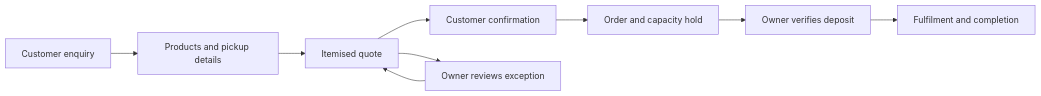
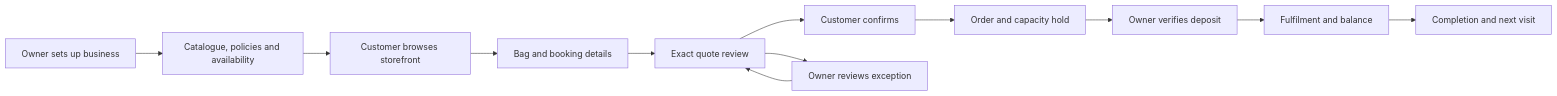
The diagram in README.md (TEE123754/SME), drawn with Mermaid before and after one commit. The commit also changed other lines of this file and 305 other files, not shown here.

````diff
--- a/README.md
+++ b/README.md
@@ -99,11 +182,14 @@
 ```mermaid
 flowchart LR
-    A[Customer enquiry] --> B[Products and pickup details]
-    B --> C[Itemised quote]
-    C --> D[Customer confirmation]
-    D --> E[Order and capacity hold]
-    E --> F[Owner verifies deposit]
-    F --> G[Fulfilment and completion]
-    C --> H[Owner reviews exception]
-    H --> C
+    A[Owner sets up business] --> B[Catalogue, policies and availability]
+    B --> C[Customer browses storefront]
+    C --> D[Bag and booking details]
+    D --> E[Exact quote review]
+    E --> F[Customer confirms]
+    F --> G[Order and capacity hold]
+    G --> H[Owner verifies deposit]
+    H --> I[Fulfilment and balance]
+    I --> J[Completion and next visit]
+    E --> K[Owner reviews exception]
+    K --> E
 ```
````
